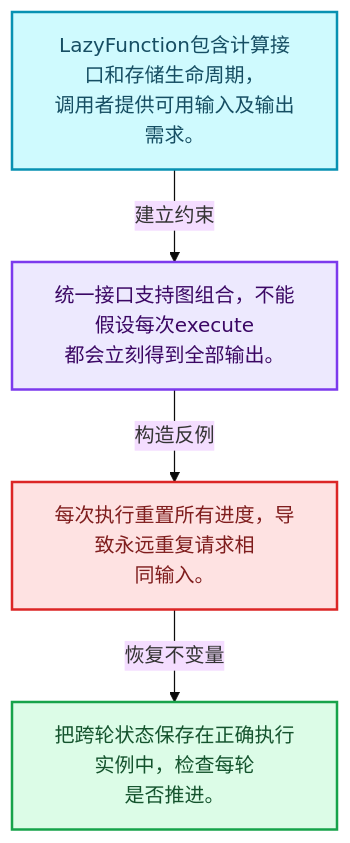
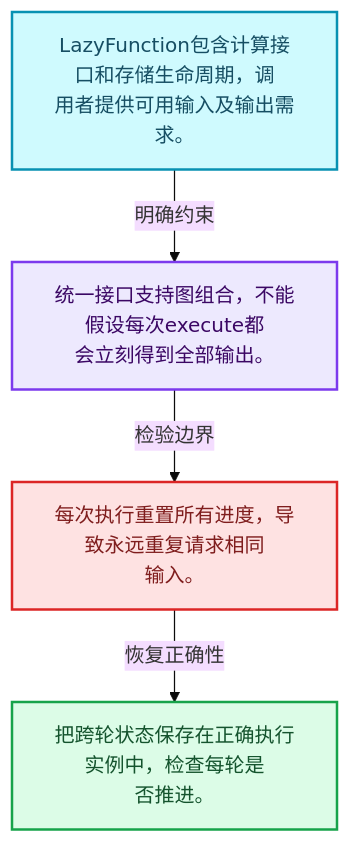
Before and after one commit to yunkezengren/blender-.vscode: the first of 4 diagrams in 杂/markdown/全面学习-codex/09-LazyFunction与节点执行架构/02-LazyFunction接口.md, drawn with Mermaid (base theme). The commit also changed other lines of this file and 1930 other files, not shown here.

````diff
--- a/杂/markdown/全面学习-codex/09-LazyFunction与节点执行架构/02-LazyFunction接口.md
+++ b/杂/markdown/全面学习-codex/09-LazyFunction与节点执行架构/02-LazyFunction接口.md
@@ -29,16 +29,16 @@
 ```mermaid
 flowchart TB
-  M["LazyFunction包含计算接口和存储生命周期，<br/>调用者提供可用输入及输出需求。"]:::data
-  T["统一接口支持图组合，不能假设每次execute<br/>都会立刻得到全部输出。"]:::abstraction
-  X["每次执行重置所有进度，导致永远重复请求相<br/>同输入。"]:::error
-  A["把跨轮状态保存在正确执行实例中，检查每轮<br/>是否推进。"]:::result
-  M -->|"建立约束"| T
-  T -->|"构造反例"| X
-  X -->|"恢复不变量"| A
+  M["LazyFunction包含计算接口和存储生命周期，调<br/>用者提供可用输入及输出需求。"]:::data
+  C["统一接口支持图组合，不能假设每次execute都<br/>会立刻得到全部输出。"]:::abstraction
+  B["每次执行重置所有进度，导致永远重复请求相同<br/>输入。"]:::error
+  R["把跨轮状态保存在正确执行实例中，检查每轮是<br/>否推进。"]:::result
+  M -->|"明确约束"| C
+  C -->|"检验边界"| B
+  B -->|"恢复正确性"| R
   classDef input fill:#DBEAFE,stroke:#2563EB,color:#172554,stroke-width:2px;
   classDef data fill:#CFFAFE,stroke:#0891B2,color:#164E63,stroke-width:2px;
   classDef abstraction fill:#EDE9FE,stroke:#7C3AED,color:#3B0764,stroke-width:2px;
   classDef compute fill:#FEF3C7,stroke:#D97706,color:#78350F,stroke-width:2px;
   classDef result fill:#DCFCE7,stroke:#16A34A,color:#14532D,stroke-width:2px;
   classDef error fill:#FEE2E2,stroke:#DC2626,color:#7F1D1D,stroke-width:2px;
 ```
````
